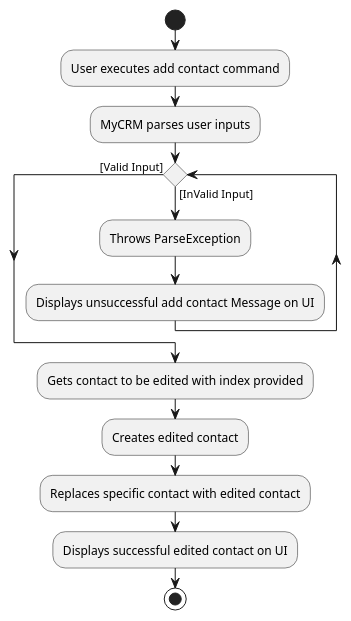
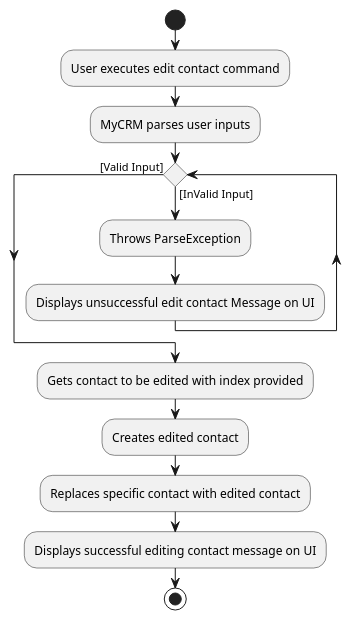
The diagram in docs/diagrams/contact/EditContactActivityDiagram.puml (ooawagaeri/tp), drawn with PlantUML before and after one commit. The commit also changed 23 other files, not shown here.

Commit message:
Add HideContact, FindContact, DeleteContact UG diagrams.

```diff
--- a/docs/diagrams/contact/EditContactActivityDiagram.puml
+++ b/docs/diagrams/contact/EditContactActivityDiagram.puml
@@ -1,14 +1,14 @@
 @startuml
 start
-:User executes add contact command;
+:User executes edit contact command;
 :MyCRM parses user inputs;
 while () is ([InValid Input])
     :Throws ParseException;
-    :Displays unsuccessful add contact Message on UI;
+    :Displays unsuccessful edit contact Message on UI;
 endwhile ([Valid Input])
 :Gets contact to be edited with index provided;
 :Creates edited contact;
 :Replaces specific contact with edited contact;
-:Displays successful edited contact on UI;
+:Displays successful editing contact message on UI;
 stop
 @enduml
```
